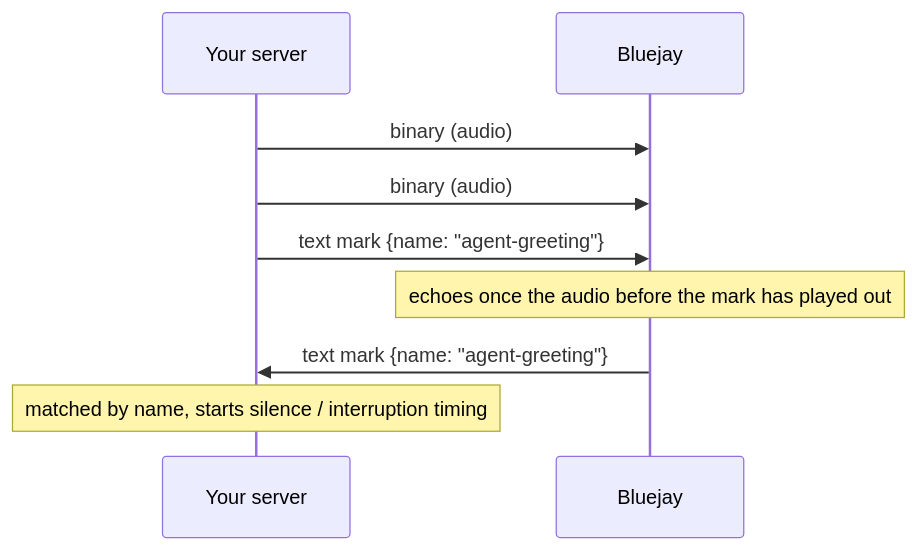
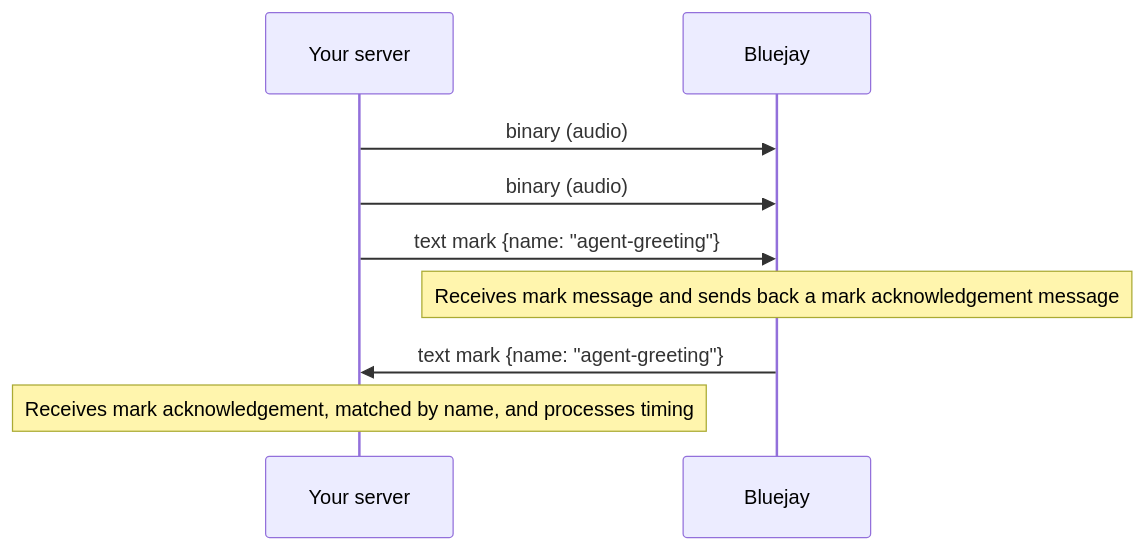
Before and after one commit to bluejay-ai-dev/docs: the fourth of 4 diagrams in simulation-integrations/websockets.mdx, drawn with Mermaid.

Commit message:
docs(chirp): clarify mark sequence-diagram note boxes

````diff
--- a/simulation-integrations/websockets.mdx
+++ b/simulation-integrations/websockets.mdx
@@ -606,12 +606,12 @@
 ```mermaid
 sequenceDiagram
     participant C as Your server
     participant B as Bluejay
 
     C->>B: binary (audio)
     C->>B: binary (audio)
     C->>B: text  mark {name: "agent-greeting"}
-    Note over B: echoes once the audio before the mark has played out
+    Note over B: Receives mark message and sends back a mark acknowledgement message
     B->>C: text  mark {name: "agent-greeting"}
-    Note over C: matched by name, starts silence / interruption timing
+    Note over C: Receives mark acknowledgement, matched by name, and processes timing
 ```
````
